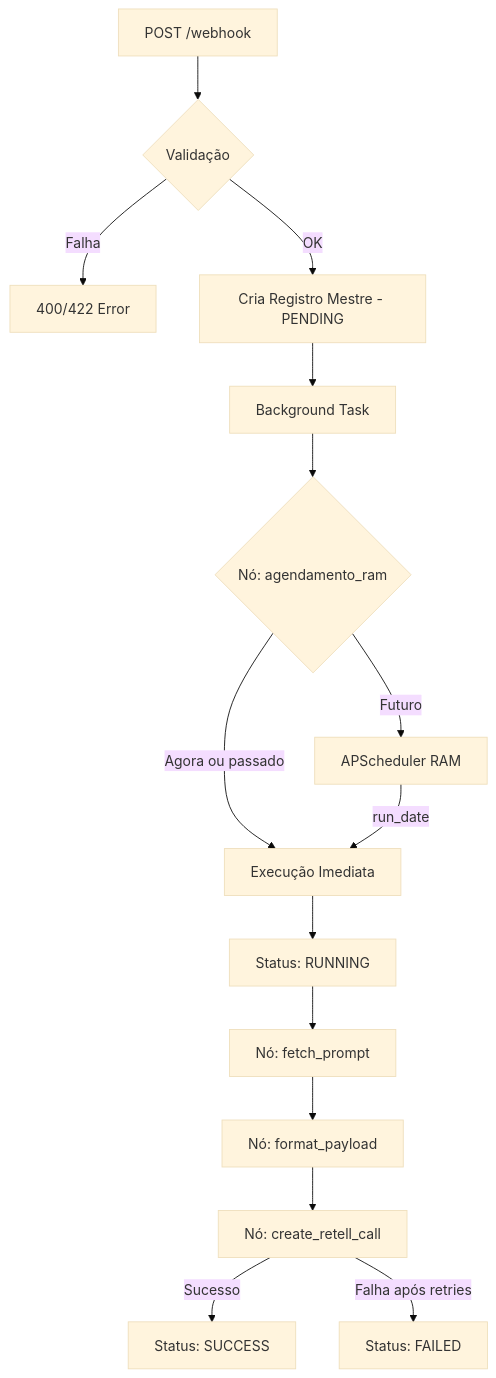
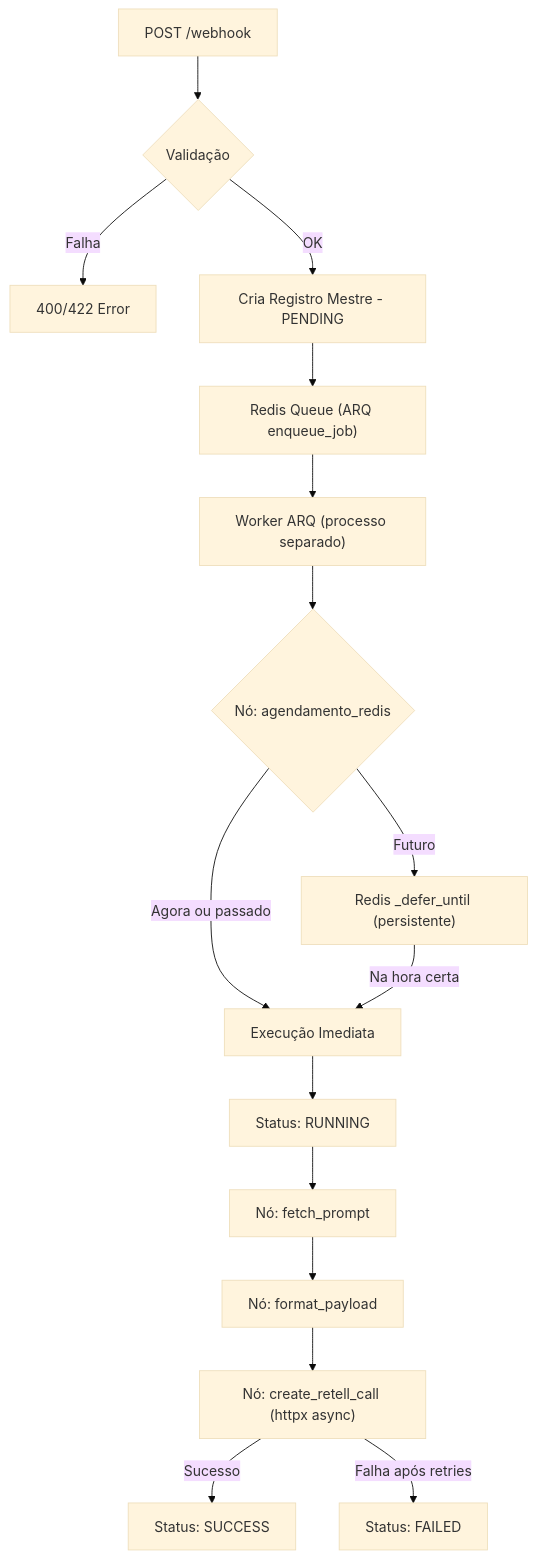
One commit to Sparkozzy/pre_call_processing changed the diagram in docs/architecture.md. Above: the diagram before and after it, drawn with Mermaid (base theme). The commit also changed other lines of this file and 5 other files, not shown here.

````diff
--- a/docs/architecture.md
+++ b/docs/architecture.md
@@ -104,17 +105,18 @@
 ```mermaid
 flowchart TD
     W[POST /webhook] --> V{Validação}
     V -->|Falha| E400[400/422 Error]
     V -->|OK| M[Cria Registro Mestre - PENDING]
-    M --> BG[Background Task]
-    BG --> S{Nó: agendamento_ram}
+    M --> Q["Redis Queue (ARQ enqueue_job)"]
+    Q --> WORKER["Worker ARQ (processo separado)"]
+    WORKER --> S{Nó: agendamento_redis}
     S -->|Agora ou passado| IMM[Execução Imediata]
-    S -->|Futuro| SCH[APScheduler RAM]
-    SCH -->|run_date| IMM
+    S -->|Futuro| DEF["Redis _defer_until (persistente)"]
+    DEF -->|Na hora certa| IMM
     IMM --> RUN[Status: RUNNING]
     RUN --> FP[Nó: fetch_prompt]
     FP --> FM[Nó: format_payload]
-    FM --> RC[Nó: create_retell_call]
+    FM --> RC["Nó: create_retell_call (httpx async)"]
     RC -->|Sucesso| SUC[Status: SUCCESS]
     RC -->|Falha após retries| FAIL[Status: FAILED]
 ```
````
